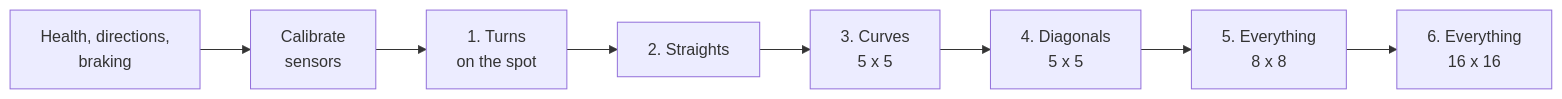
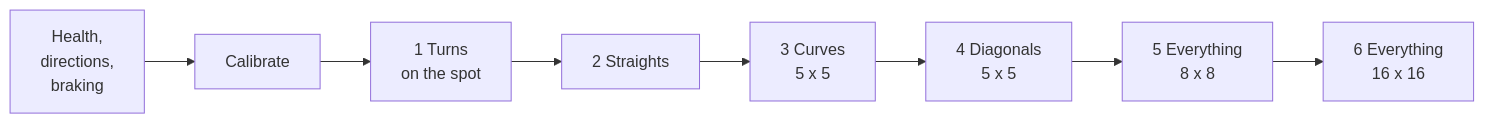
The first of 4 diagrams in README.md (RutgersMicromouse/Micromouse-2027), drawn with Mermaid before and after one commit. The commit also changed other lines of this file and 12 other files, not shown here.

````diff
--- a/README.md
+++ b/README.md
@@ -11,10 +27,10 @@
 ```mermaid
 flowchart LR
-    A[Health, directions,<br/>braking] --> B[Calibrate<br/>sensors]
-    B --> S1[1. Turns<br/>on the spot]
-    S1 --> S2[2. Straights]
-    S2 --> S3[3. Curves<br/>5 x 5]
-    S3 --> S4[4. Diagonals<br/>5 x 5]
-    S4 --> S5[5. Everything<br/>8 x 8]
-    S5 --> S6[6. Everything<br/>16 x 16]
+    A[Health,<br/>directions,<br/>braking] --> B[Calibrate]
+    B --> S1[1 Turns<br/>on the spot]
+    S1 --> S2[2 Straights]
+    S2 --> S3[3 Curves<br/>5 x 5]
+    S3 --> S4[4 Diagonals<br/>5 x 5]
+    S4 --> S5[5 Everything<br/>8 x 8]
+    S5 --> S6[6 Everything<br/>16 x 16]
 ```
````
